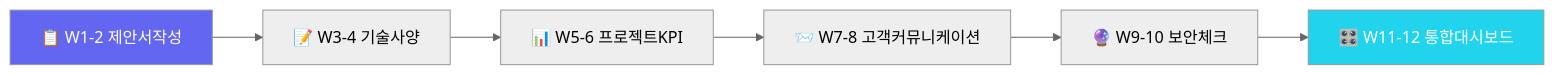
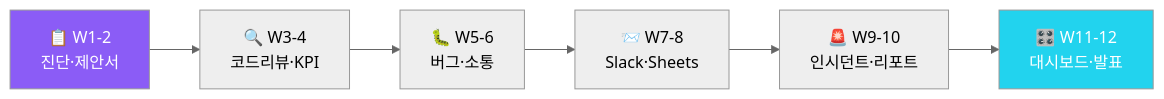
One commit to Reasonofmoon/hexa-6 changed the diagram in README.md. Above: the diagram before and after it, drawn with Mermaid (neutral theme). The commit also changed other lines of this file, not shown here.

````diff
--- a/README.md
+++ b/README.md
@@ -37,11 +35,8 @@
 ```mermaid
 graph LR
-    A[📋 W1-2 제안서작성] --> B[📝 W3-4 기술사양]
-    B --> C[📊 W5-6 프로젝트KPI]
-    C --> D[📨 W7-8 고객커뮤니케이션]
-    D --> E[🔮 W9-10 보안체크]
-    E --> F[🎛️ W11-12 통합대시보드]
-    
-    style A fill:#6366f1,color:#fff
+    A[📋 W1-2<br>진단·제안서] --> B[🔍 W3-4<br>코드리뷰·KPI]
+    B --> C[🐛 W5-6<br>버그·소통] --> D[📨 W7-8<br>Slack·Sheets]
+    D --> E[🚨 W9-10<br>인시던트·리포트] --> F[🎛️ W11-12<br>대시보드·발표]
+    style A fill:#8b5cf6,color:#fff
     style F fill:#22d3ee,color:#fff
 ```
````
